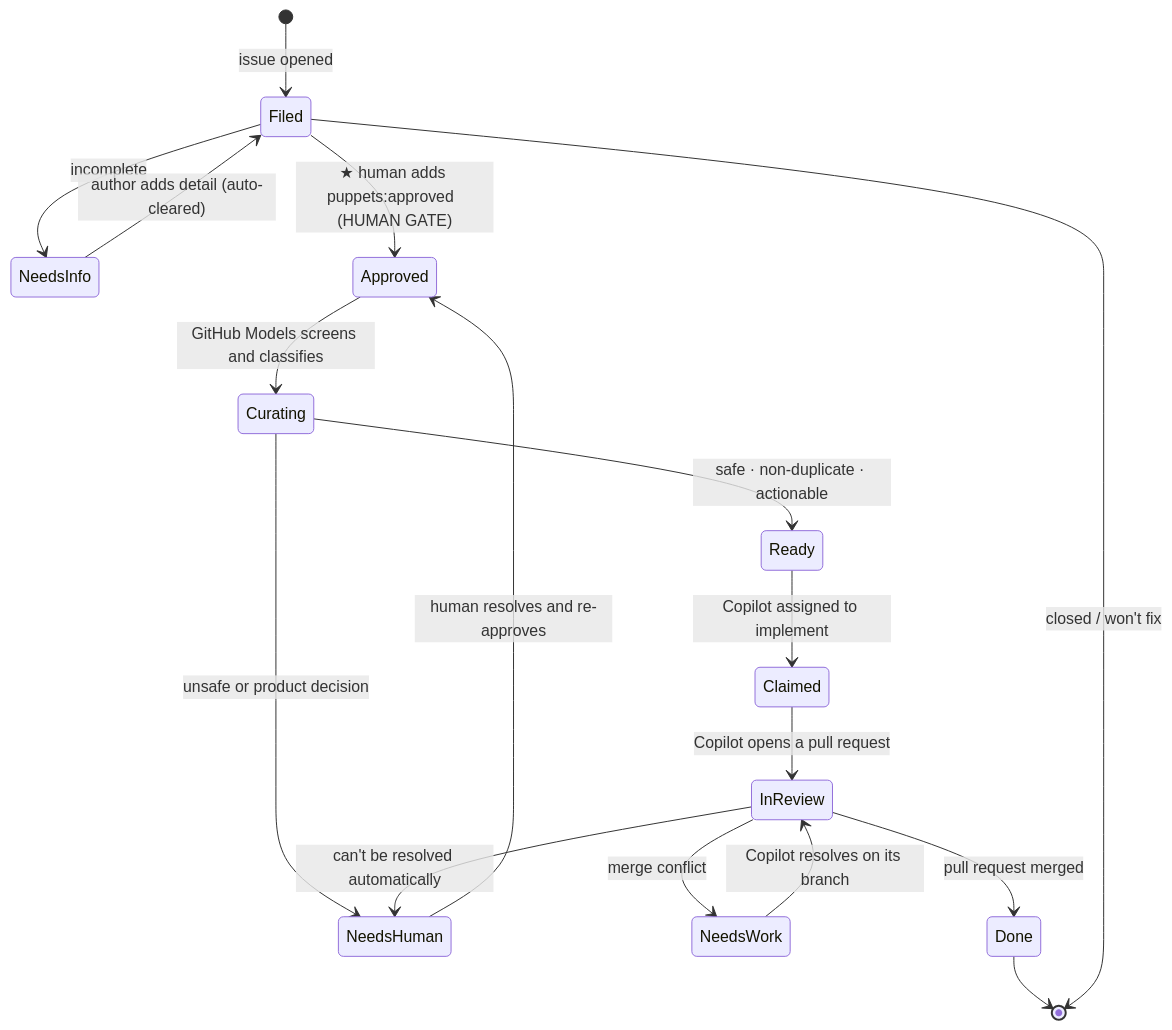
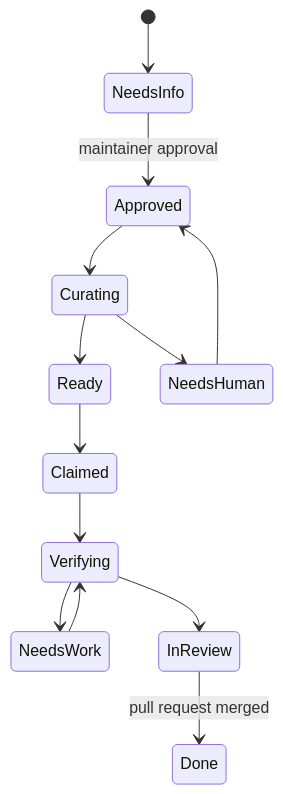
One commit to JeffSteinbok/JeffSteinbok.github.io changed the second of 2 diagrams in puppets/index.md. Above: the diagram before and after it, drawn with Mermaid. The commit also changed other lines of this file and 1 other file, not shown here.

Commit message:
Publish Puppets docs (source 774adb0)

````diff
--- a/puppets/index.md
+++ b/puppets/index.md
@@ -111,23 +68,15 @@
 ```mermaid
 stateDiagram-v2
-    [*] --> Filed : issue opened
-    Filed --> NeedsInfo : incomplete
-    NeedsInfo --> Filed : author adds detail (auto-cleared)
-
-    Filed --> Approved : ★ human adds puppets#58;approved  (HUMAN GATE)
-
-    Approved --> Curating : GitHub Models screens and classifies
-    Curating --> Ready : safe · non-duplicate · actionable
-    Curating --> NeedsHuman : unsafe or product decision
-    Ready --> Claimed : Copilot assigned to implement
-    Claimed --> InReview : Copilot opens a pull request
-
-    InReview --> NeedsWork : merge conflict
-    NeedsWork --> InReview : Copilot resolves on its branch
-    InReview --> NeedsHuman : can't be resolved automatically
-
-    InReview --> Done : pull request merged
-    NeedsHuman --> Approved : human resolves and re-approves
-    Done --> [*]
-    Filed --> [*] : closed / won't fix
+    [*] --> NeedsInfo
+    NeedsInfo --> Approved: maintainer approval
+    Approved --> Curating
+    Curating --> Ready
+    Curating --> NeedsHuman
+    Ready --> Claimed
+    Claimed --> Verifying
+    Verifying --> NeedsWork
+    NeedsWork --> Verifying
+    Verifying --> InReview
+    InReview --> Done: pull request merged
+    NeedsHuman --> Approved
 ```
````
